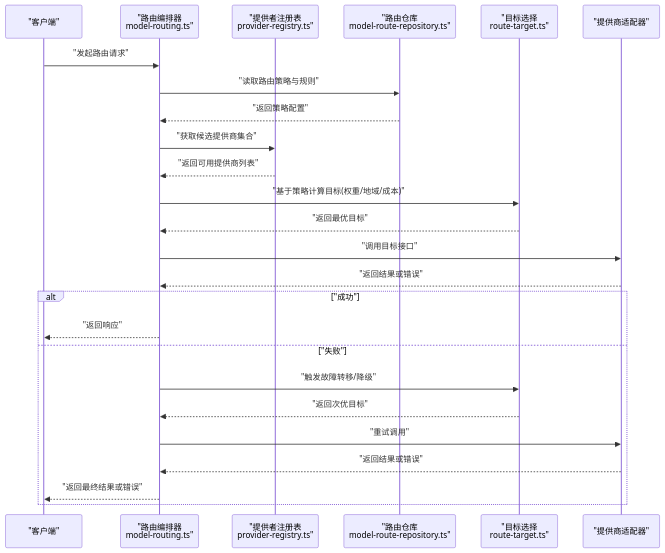
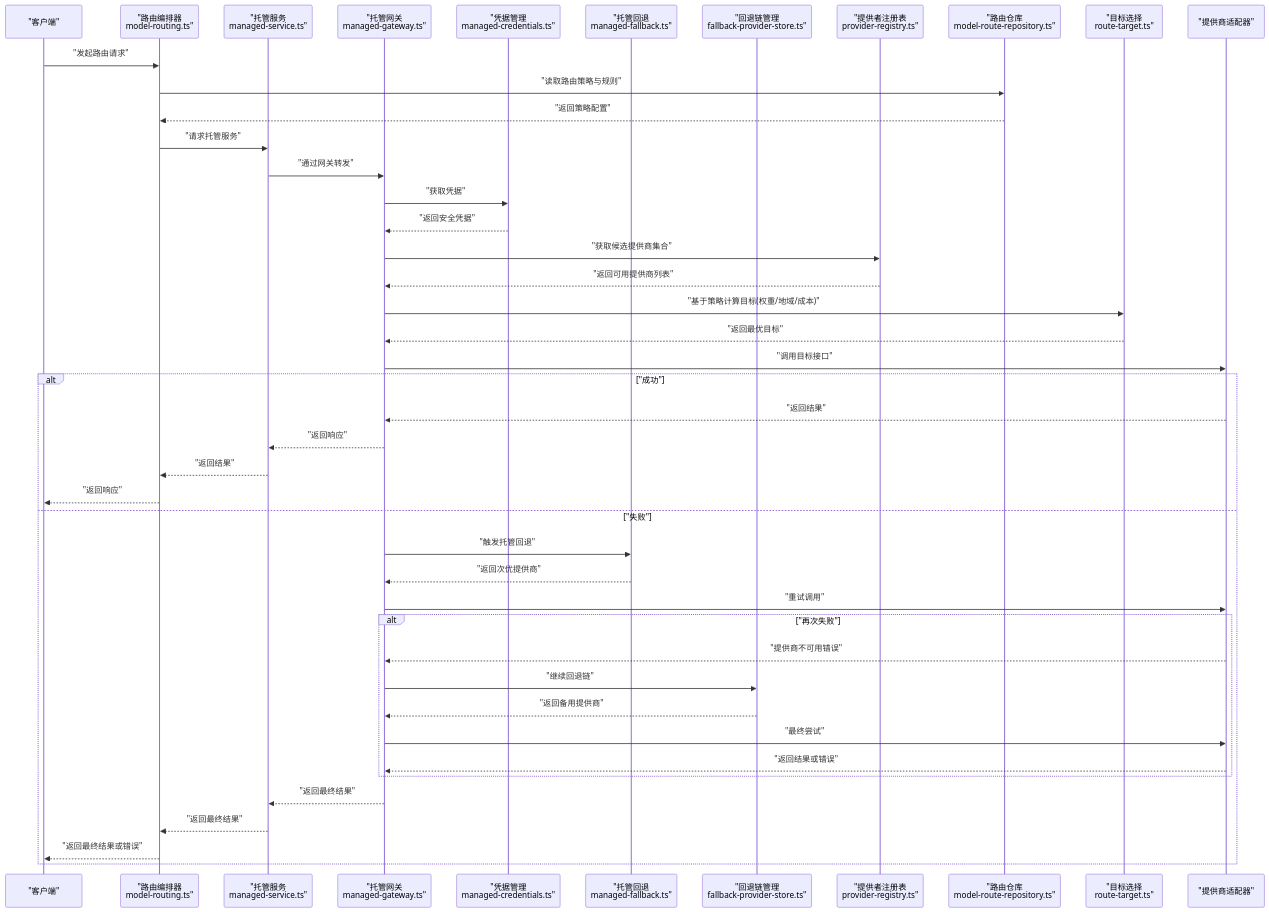
One commit to scottcwy/PurpleInk changed the second of 3 diagrams in .qoder/repowiki/zh/content/AI系统集成/模型路由系统.md. Above: the diagram before and after it, drawn with Mermaid. The commit also changed other lines of this file and 109 other files, not shown here.

````diff
--- a/.qoder/repowiki/zh/content/AI系统集成/模型路由系统.md
+++ b/.qoder/repowiki/zh/content/AI系统集成/模型路由系统.md
@@ -101,27 +154,46 @@
 ```mermaid
 sequenceDiagram
 participant Client as "客户端"
 participant Router as "路由编排器<br/>model-routing.ts"
+participant ManagedService as "托管服务<br/>managed-service.ts"
+participant Gateway as "托管网关<br/>managed-gateway.ts"
+participant Credentials as "凭据管理<br/>managed-credentials.ts"
+participant Fallback as "托管回退<br/>managed-fallback.ts"
+participant FallbackStore as "回退链管理<br/>fallback-provider-store.ts"
 participant Reg as "提供者注册表<br/>provider-registry.ts"
 participant Repo as "路由仓库<br/>model-route-repository.ts"
 participant Target as "目标选择<br/>route-target.ts"
 participant Provider as "提供商适配器"
 Client->>Router : "发起路由请求"
 Router->>Repo : "读取路由策略与规则"
 Repo-->>Router : "返回策略配置"
-Router->>Reg : "获取候选提供商集合"
-Reg-->>Router : "返回可用提供商列表"
-Router->>Target : "基于策略计算目标(权重/地域/成本)"
-Target-->>Router : "返回最优目标"
-Router->>Provider : "调用目标接口"
-Provider-->>Router : "返回结果或错误"
+Router->>ManagedService : "请求托管服务"
+ManagedService->>Gateway : "通过网关转发"
+Gateway->>Credentials : "获取凭据"
+Credentials-->>Gateway : "返回安全凭据"
+Gateway->>Reg : "获取候选提供商集合"
+Reg-->>Gateway : "返回可用提供商列表"
+Gateway->>Target : "基于策略计算目标(权重/地域/成本)"
+Target-->>Gateway : "返回最优目标"
+Gateway->>Provider : "调用目标接口"
 alt "成功"
+Provider-->>Gateway : "返回结果"
+Gateway-->>ManagedService : "返回响应"
+ManagedService-->>Router : "返回结果"
 Router-->>Client : "返回响应"
 else "失败"
-Router->>Target : "触发故障转移/降级"
-Target-->>Router : "返回次优目标"
-Router->>Provider : "重试调用"
-Provider-->>Router : "返回结果或错误"
+Gateway->>Fallback : "触发托管回退"
+Fallback-->>Gateway : "返回次优提供商"
+Gateway->>Provider : "重试调用"
+alt "再次失败"
+Provider-->>Gateway : "提供商不可用错误"
+Gateway->>FallbackStore : "继续回退链"
+FallbackStore-->>Gateway : "返回备用提供商"
+Gateway->>Provider : "最终尝试"
+Provider-->>Gateway : "返回结果或错误"
+end
+Gateway-->>ManagedService : "返回最终结果"
+ManagedService-->>Router : "返回最终结果"
 Router-->>Client : "返回最终结果或错误"
 end
 ```
````
